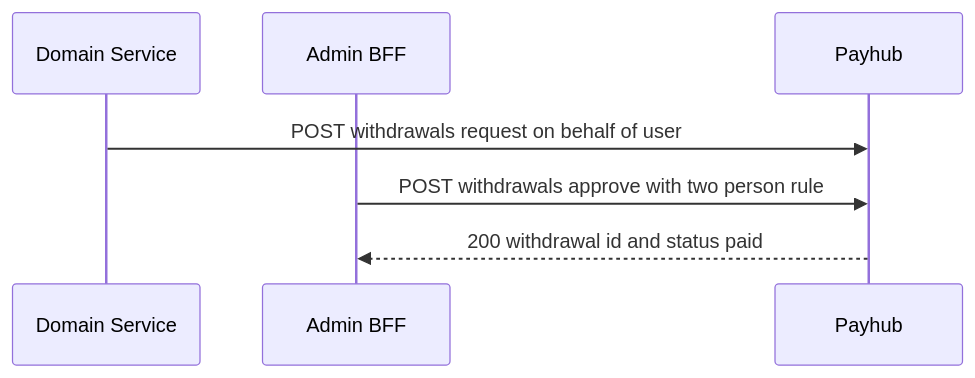
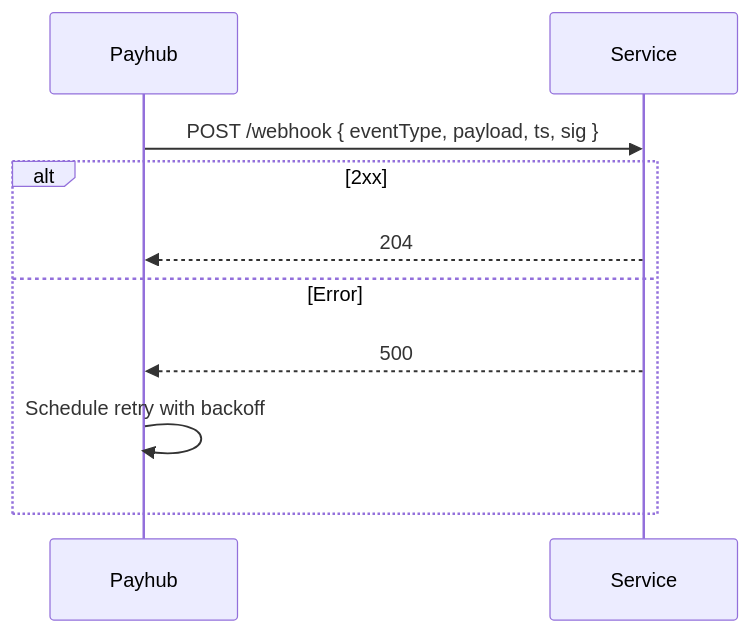
The fifth of 5 diagrams in miniapp-payhub-service.md (fuzeac/fuze-telegram-mini-app), drawn with Mermaid before and after one commit. The commit also changed other lines of this file, not shown here.

````diff
--- a/miniapp-payhub-service.md
+++ b/miniapp-payhub-service.md
@@ -114,9 +168,13 @@
 ```mermaid
 sequenceDiagram
-participant SVC as Domain Service
-participant ADM as Admin BFF
-participant PAY as Payhub
-SVC->>PAY: POST withdrawals request on behalf of user
-ADM->>PAY: POST withdrawals approve with two person rule
-PAY-->>ADM: 200 withdrawal id and status paid
+  participant PAY as Payhub
+  participant SVC as Service
+
+  PAY->>SVC: POST /webhook { eventType, payload, ts, sig }
+  alt 2xx
+    SVC-->>PAY: 204
+  else Error
+    SVC-->>PAY: 500
+    PAY->>PAY: Schedule retry with backoff
+  end
 ```
````
